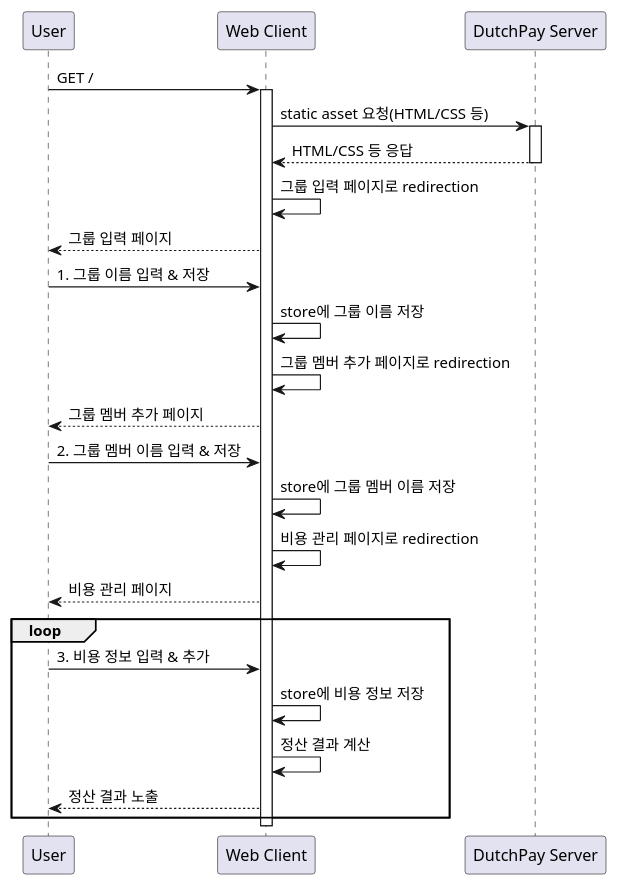
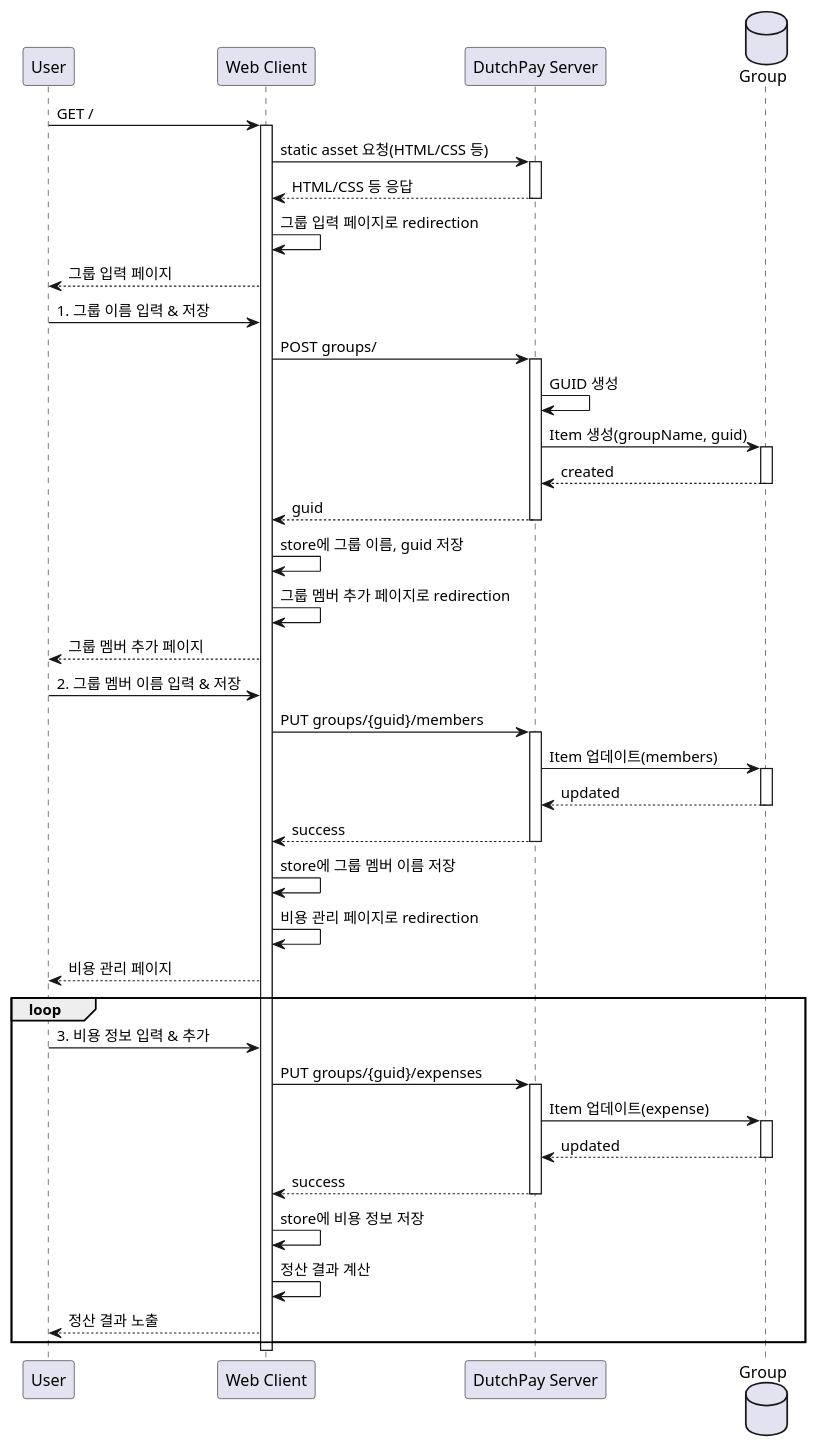
One commit to Junseop-Shin/dutchpay changed the diagram in docs/sequence_diagram.plantuml. Above: the diagram before and after it, drawn with PlantUML.

Commit message:
[refactor] 백엔드 설계를 반영한 시퀀스 다이어그램 수정 - 시퀀스 다이어그램 수정

```diff
--- a/docs/sequence_diagram.plantuml
+++ b/docs/sequence_diagram.plantuml
@@ -1,33 +1,59 @@
 @startuml
 participant User as U
 participant "Web Client" as C
 participant "DutchPay Server" as S
+database "Group" as DB
 
 U -> C: GET /
 activate C
 C -> S: static asset 요청(HTML/CSS 등)
 activate S
 S --> C: HTML/CSS 등 응답
 deactivate S
 C -> C: 그룹 입력 페이지로 redirection
 C --> U: 그룹 입력 페이지
 
 U -> C: 1. 그룹 이름 입력 & 저장
-C -> C: store에 그룹 이름 저장
+C -> S: POST groups/
+activate S
+S -> S: GUID 생성
+S -> DB: Item 생성(groupName, guid)
+activate DB
+DB --> S: created
+deactivate DB
+S --> C: guid
+deactivate S
+C -> C: store에 그룹 이름, guid 저장
 C -> C: 그룹 멤버 추가 페이지로 redirection
 C --> U: 그룹 멤버 추가 페이지
 
 U -> C: 2. 그룹 멤버 이름 입력 & 저장
+C -> S: PUT groups/{guid}/members
+activate S
+S -> DB: Item 업데이트(members)
+activate DB
+DB --> S: updated
+deactivate DB
+S --> C: success
+deactivate S
 C -> C: store에 그룹 멤버 이름 저장
 C -> C: 비용 관리 페이지로 redirection
 C --> U: 비용 관리 페이지
 
 loop
     U -> C: 3. 비용 정보 입력 & 추가
+    C -> S: PUT groups/{guid}/expenses
+    activate S
+    S -> DB: Item 업데이트(expense)
+    activate DB
+    DB --> S: updated
+    deactivate DB
+    S --> C: success
+    deactivate S
     C -> C: store에 비용 정보 저장
     C -> C: 정산 결과 계산
     C --> U: 정산 결과 노출
 end
 deactivate C
 
 @enduml
```
